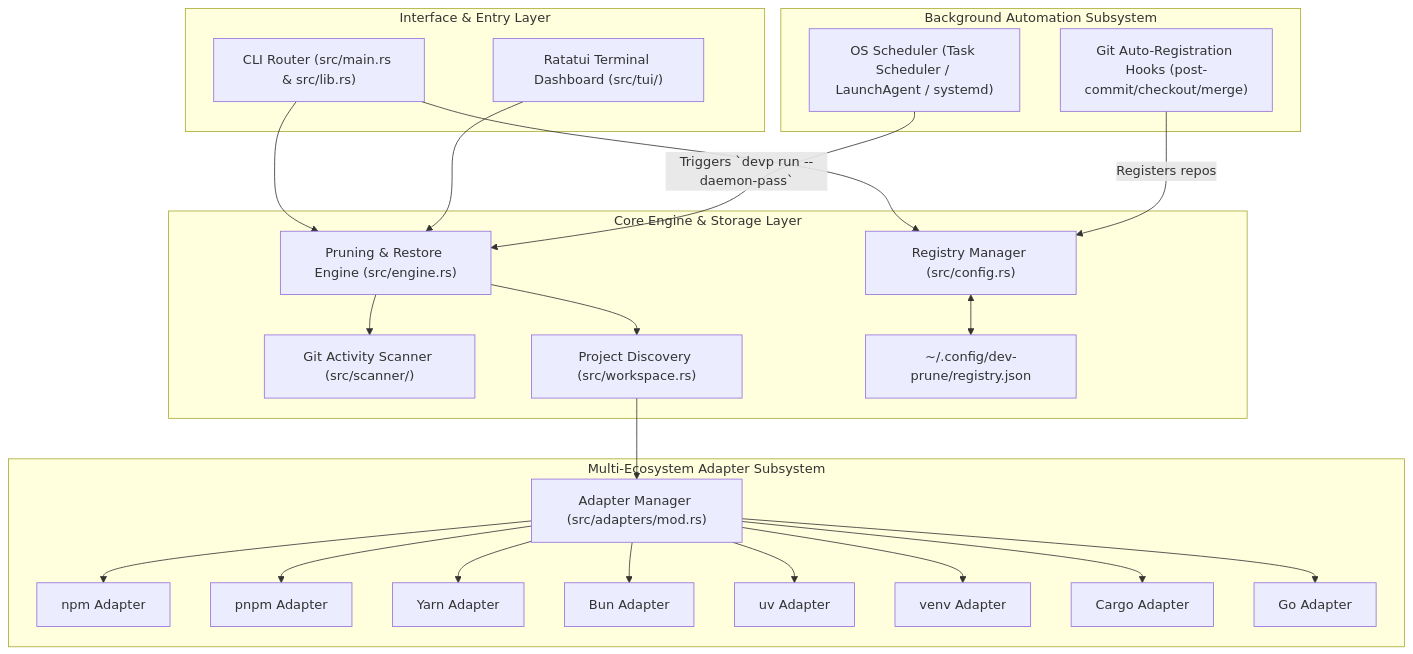
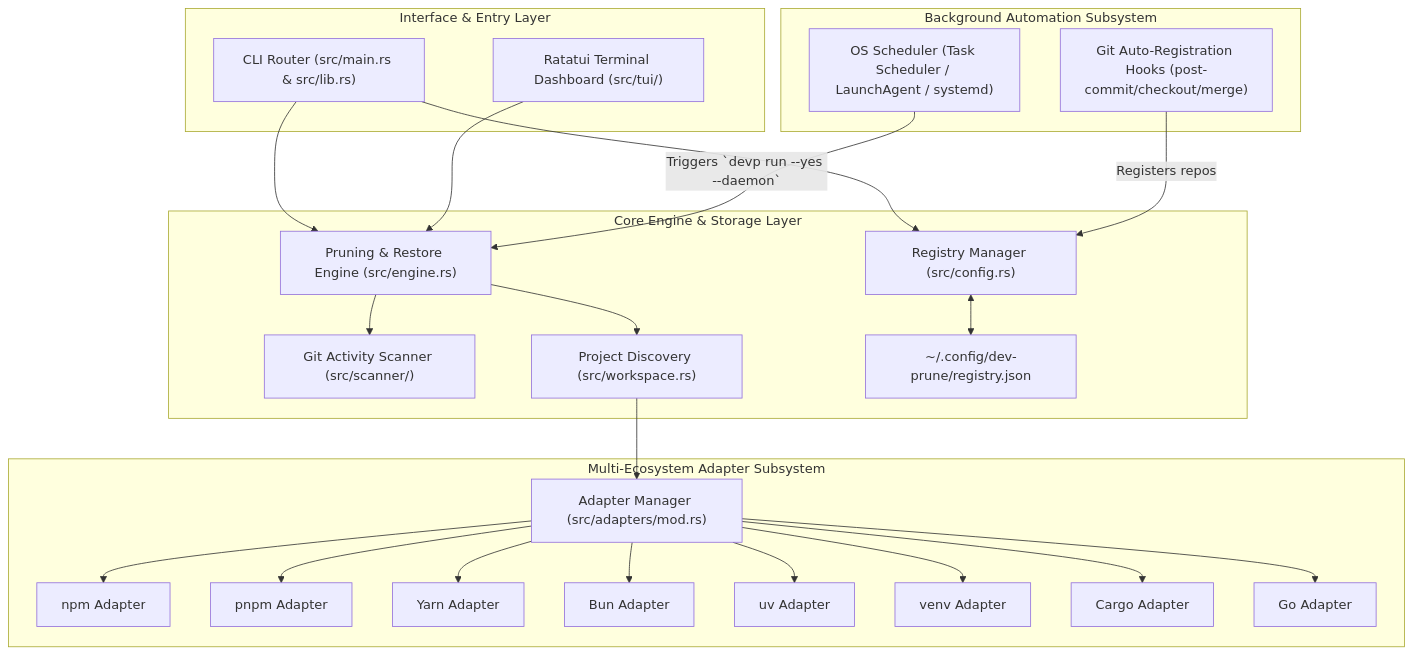
One commit to Life-Experimentalist/dev-prune changed the first of 2 diagrams in docs/architecture/HLD.md. Above: the diagram before and after it, drawn with Mermaid. The commit also changed other lines of this file and 28 other files, not shown here.

````diff
--- a/docs/architecture/HLD.md
+++ b/docs/architecture/HLD.md
@@ -17,43 +17,43 @@
 ```mermaid
 graph TD
     subgraph UI_Layer ["Interface & Entry Layer"]
         CLI["CLI Router (src/main.rs & src/lib.rs)"]
         TUI["Ratatui Terminal Dashboard (src/tui/)"]
     end
 
     subgraph Core_Layer ["Core Engine & Storage Layer"]
         RegistryManager["Registry Manager (src/config.rs)"]
         Engine["Pruning & Restore Engine (src/engine.rs)"]
         GitScanner["Git Activity Scanner (src/scanner/)"]
         Workspace["Project Discovery (src/workspace.rs)"]
         GlobalConfig["~/.config/dev-prune/registry.json"]
     end
 
     subgraph Adapter_Layer ["Multi-Ecosystem Adapter Subsystem"]
         AdapterRegistry["Adapter Manager (src/adapters/mod.rs)"]
         NPM["npm Adapter"]
         PNPM["pnpm Adapter"]
         Yarn["Yarn Adapter"]
         Bun["Bun Adapter"]
         UV["uv Adapter"]
         Venv["venv Adapter"]
         Cargo["Cargo Adapter"]
         Go["Go Adapter"]
     end
 
     subgraph Automation_Layer ["Background Automation Subsystem"]
         OSDaemon["OS Scheduler (Task Scheduler / LaunchAgent / systemd)"]
         GitHooks["Git Auto-Registration Hooks (post-commit/checkout/merge)"]
     end
 
     CLI --> RegistryManager
     CLI --> Engine
     TUI --> Engine
     RegistryManager <--> GlobalConfig
     Engine --> GitScanner
     Engine --> Workspace
     Workspace --> AdapterRegistry
     AdapterRegistry --> NPM & PNPM & Yarn & Bun & UV & Venv & Cargo & Go
-    OSDaemon -->|Triggers `devp run --daemon-pass`| Engine
+    OSDaemon -->|Triggers `devp run --yes --daemon`| Engine
     GitHooks -->|Registers repos| RegistryManager
 ```
````
